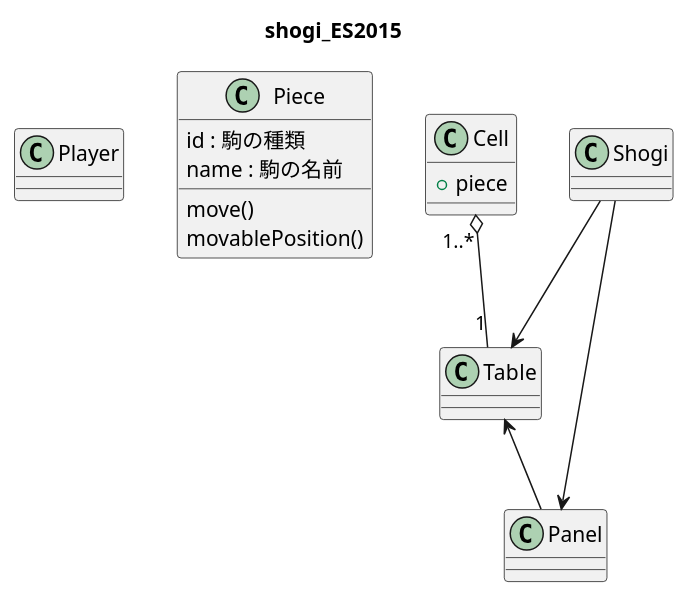
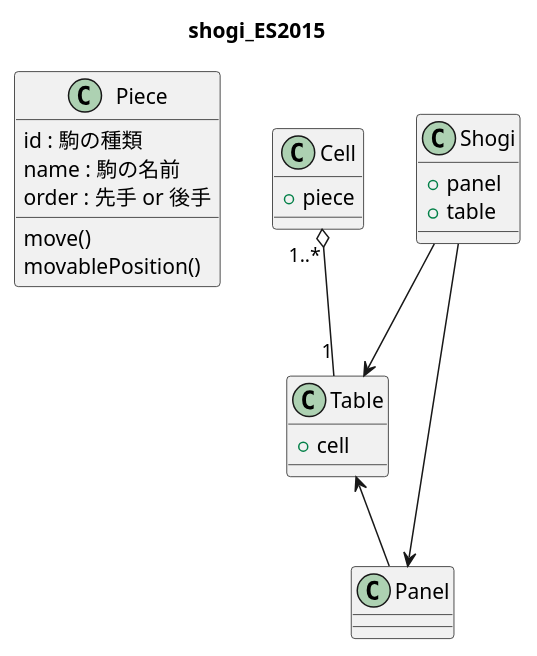
One commit to DaaasukeMurata/JavaScript changed the diagram in shogi_es2015/uml/classes.wsd. Above: the diagram before and after it, drawn with PlantUML. The commit also changed 3 other files, not shown here.

```diff
--- a/shogi_es2015/uml/classes.wsd
+++ b/shogi_es2015/uml/classes.wsd
@@ -1,37 +1,35 @@
 @startuml
 
 title shogi_ES2015
 
-class Player {
-
-}
-
 class Piece {
   id : 駒の種類
   name : 駒の名前
+  order : 先手 or 後手
   move()
   movablePosition()
 }
 
 class Cell {
   +piece
 }
 
 class Table {
-
+  +cell
 }
 
 class Panel {
 
 }
 
 class Shogi {
-
+  +panel
+  +table
 }
 
 Cell "1..*" o-- "1" Table
 Table <-- Panel
 Shogi --> Panel
 Shogi --> Table
 
 @enduml
```
